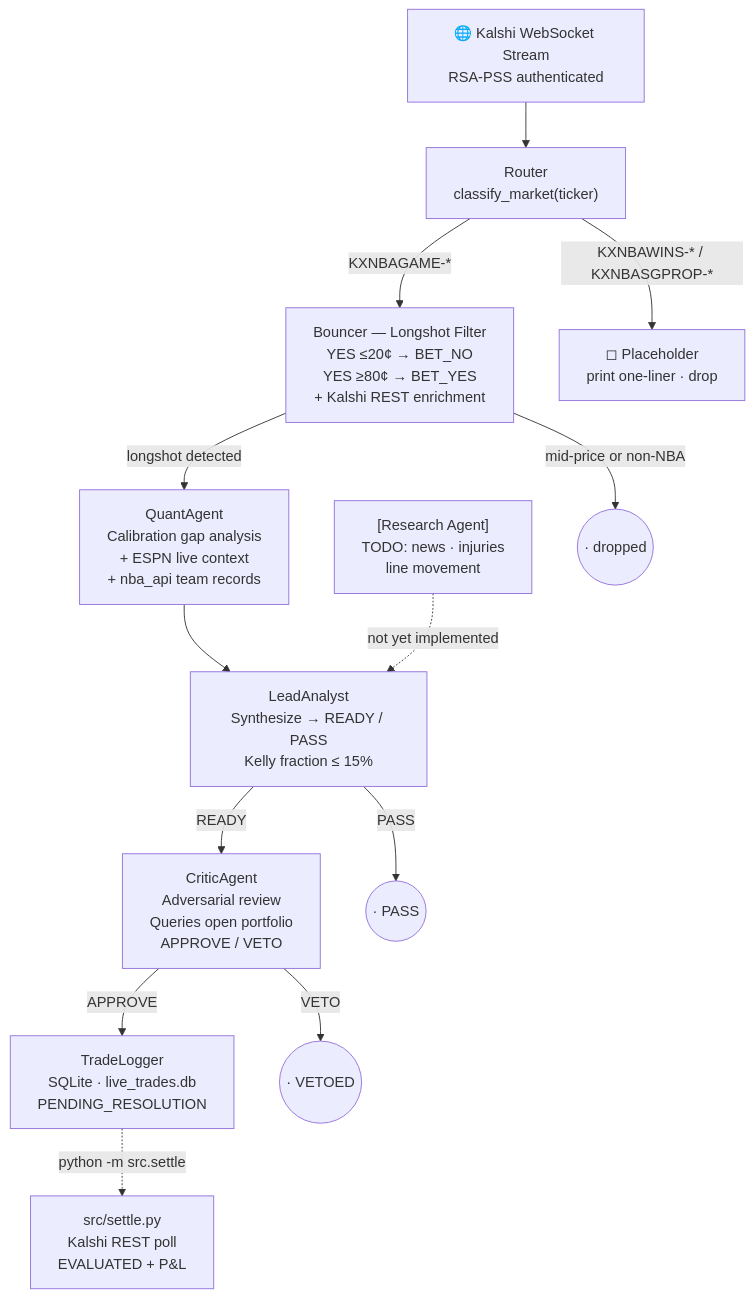
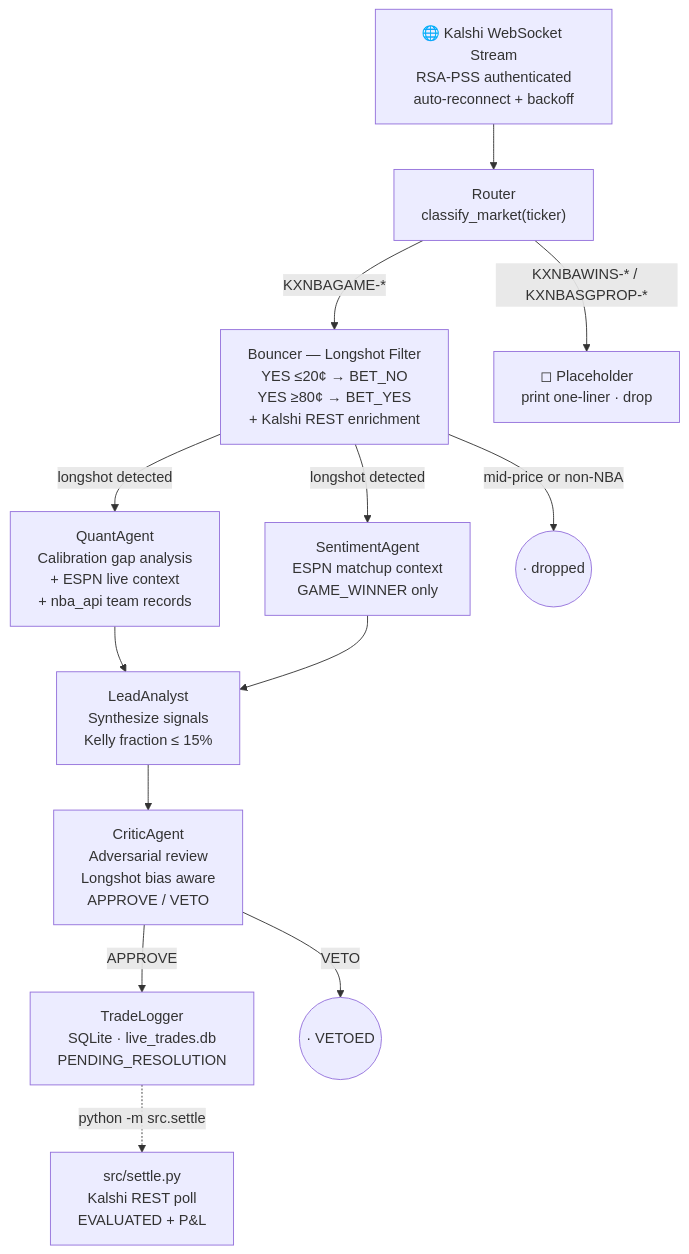
Before and after one commit to jacobhuynh/p2p-trade-bot: the diagram in README.md, drawn with Mermaid. The commit also changed other lines of this file and 8 other files, not shown here.

````diff
--- a/README.md
+++ b/README.md
@@ -23,29 +23,28 @@
 ```mermaid
 flowchart TD
-    WS["🌐 Kalshi WebSocket Stream<br/>RSA-PSS authenticated"]
+    WS["🌐 Kalshi WebSocket Stream<br/>RSA-PSS authenticated<br/>auto-reconnect + backoff"]
     ROUTER["Router<br/>classify_market(ticker)"]
     BOUNCER["Bouncer — Longshot Filter<br/>YES ≤20¢ → BET_NO<br/>YES ≥80¢ → BET_YES<br/>+ Kalshi REST enrichment"]
     QUANT["QuantAgent<br/>Calibration gap analysis<br/>+ ESPN live context<br/>+ nba_api team records"]
-    RESEARCH["[Research Agent]<br/>TODO: news · injuries<br/>line movement"]
-    ORCH["LeadAnalyst<br/>Synthesize → READY / PASS<br/>Kelly fraction ≤ 15%"]
-    CRITIC["CriticAgent<br/>Adversarial review<br/>Queries open portfolio<br/>APPROVE / VETO"]
+    SENTIMENT["SentimentAgent<br/>ESPN matchup context<br/>GAME_WINNER only"]
+    ORCH["LeadAnalyst<br/>Synthesize signals<br/>Kelly fraction ≤ 15%"]
+    CRITIC["CriticAgent<br/>Adversarial review<br/>Longshot bias aware<br/>APPROVE / VETO"]
     LOGGER["TradeLogger<br/>SQLite · live_trades.db<br/>PENDING_RESOLUTION"]
     SETTLE["src/settle.py<br/>Kalshi REST poll<br/>EVALUATED + P&L"]
     PLACEHOLDER["◻ Placeholder<br/>print one-liner · drop"]
     DROPPED(("· dropped"))
-    PASSD(("· PASS"))
     VETOD(("· VETOED"))
 
     WS --> ROUTER
     ROUTER -->|"KXNBAGAME-*"| BOUNCER
     ROUTER -->|"KXNBAWINS-* / KXNBASGPROP-*"| PLACEHOLDER
     BOUNCER -->|longshot detected| QUANT
+    BOUNCER -->|longshot detected| SENTIMENT
     BOUNCER -->|mid-price or non-NBA| DROPPED
     QUANT --> ORCH
-    RESEARCH -. "not yet implemented" .-> ORCH
-    ORCH -->|READY| CRITIC
-    ORCH -->|PASS| PASSD
+    SENTIMENT --> ORCH
+    ORCH --> CRITIC
     CRITIC -->|APPROVE| LOGGER
     CRITIC -->|VETO| VETOD
     LOGGER -. "python -m src.settle" .-> SETTLE
 ```
````
